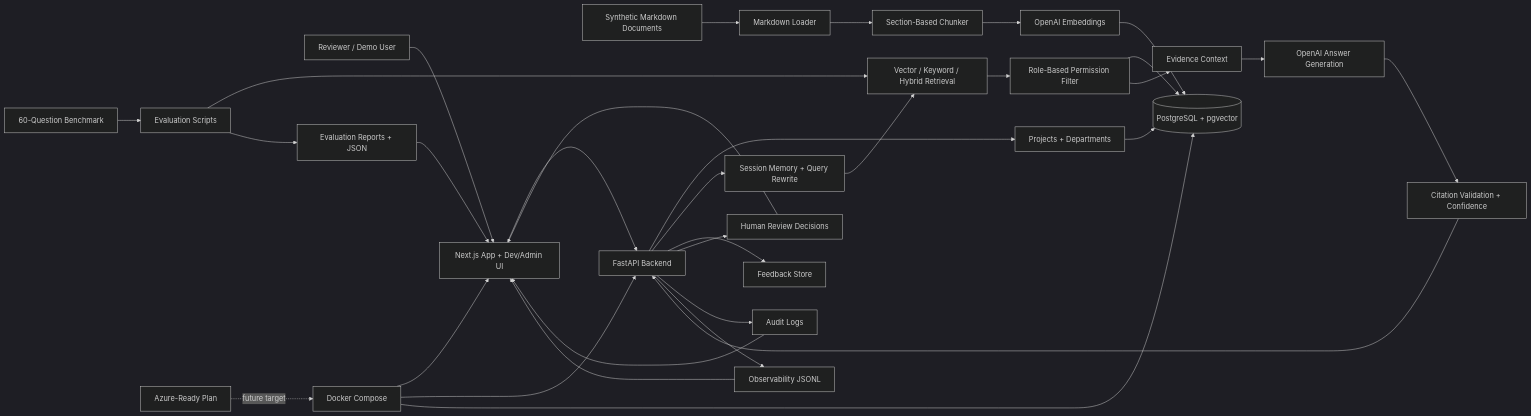
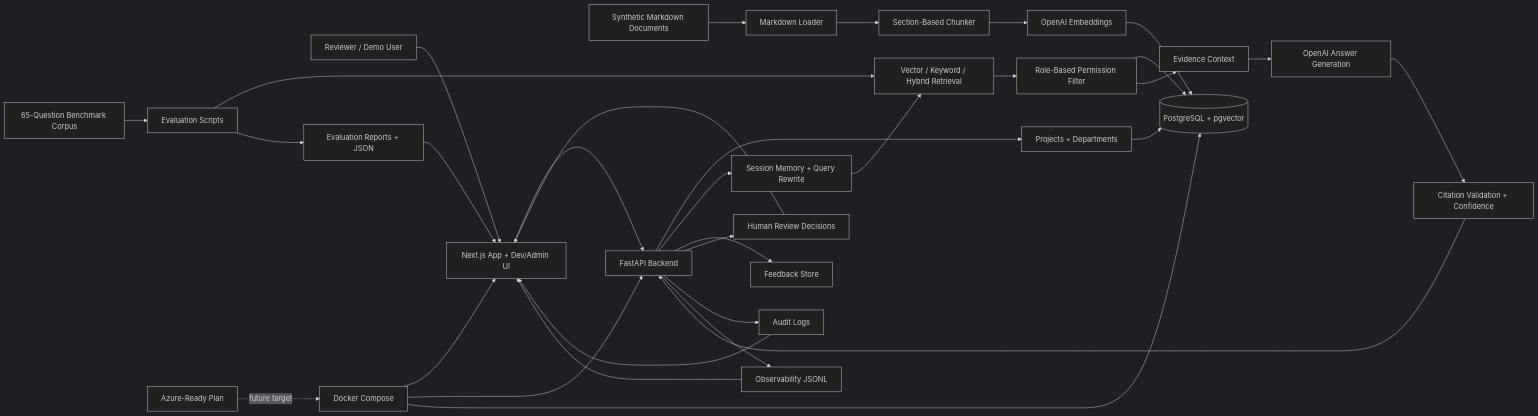
Before and after one commit to christiankfoury/proofbase-rag: the diagram in docs/demo/architecture-diagram.md, drawn with Mermaid (dark theme). The commit also changed 7 other files, not shown here.

````diff
--- a/docs/demo/architecture-diagram.md
+++ b/docs/demo/architecture-diagram.md
@@ -29,40 +29,40 @@
 ```mermaid
 flowchart LR
   Docs[Synthetic Markdown Documents] --> Loader[Markdown Loader]
   Loader --> Chunker[Section-Based Chunker]
   Chunker --> Embeddings[OpenAI Embeddings]
   Embeddings --> DB[(PostgreSQL + pgvector)]
 
   User[Reviewer / Demo User] --> Web[Next.js App + Dev/Admin UI]
   Web --> API[FastAPI Backend]
 
   API --> Projects[Projects + Departments]
   Projects --> DB
 
   API --> Memory[Session Memory + Query Rewrite]
   Memory --> Retrieve[Vector / Keyword / Hybrid Retrieval]
   Retrieve --> Perms[Role-Based Permission Filter]
   Perms --> DB
   Perms --> Evidence[Evidence Context]
   Evidence --> Generator[OpenAI Answer Generation]
   Generator --> Validation[Citation Validation + Confidence]
   Validation --> API
 
   API --> Feedback[Feedback Store]
   API --> Reviews[Human Review Decisions]
   API --> Audit[Audit Logs]
   API --> Logs[Observability JSONL]
 
-  Benchmark[60-Question Benchmark] --> Eval[Evaluation Scripts]
+  Benchmark[65-Question Benchmark Corpus] --> Eval[Evaluation Scripts]
   Eval --> Retrieve
   Eval --> Reports[Evaluation Reports + JSON]
   Reports --> Web
   Reviews --> Web
   Logs --> Web
   Audit --> Web
 
   Compose[Docker Compose] --> Web
   Compose --> API
   Compose --> DB
   Azure[Azure-Ready Plan] -. future target .-> Compose
 ```
````
